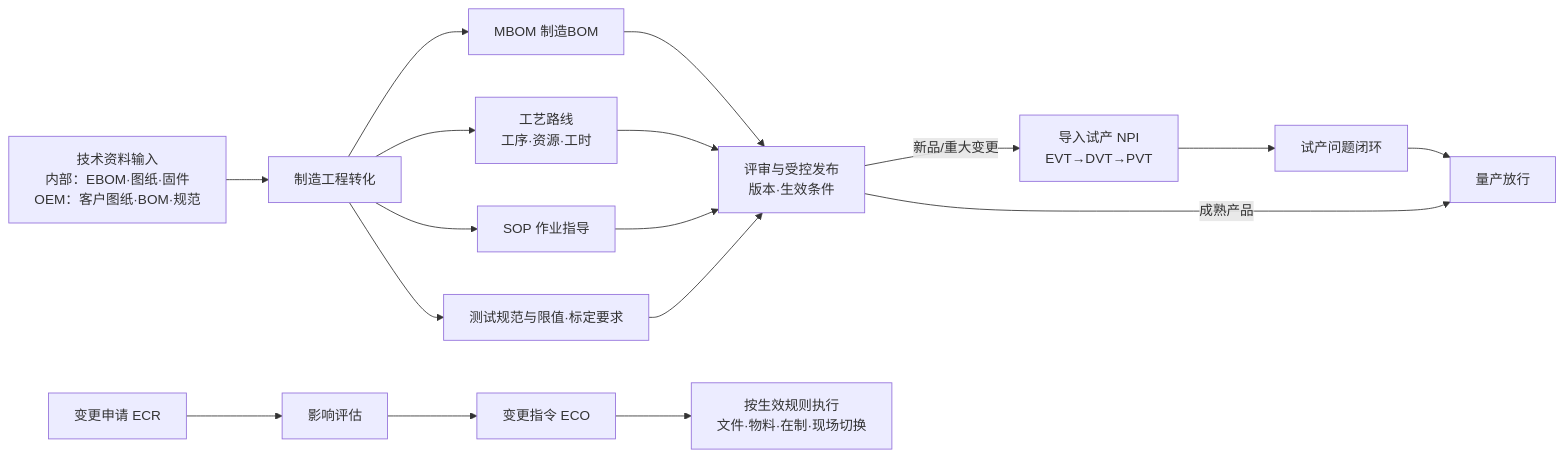
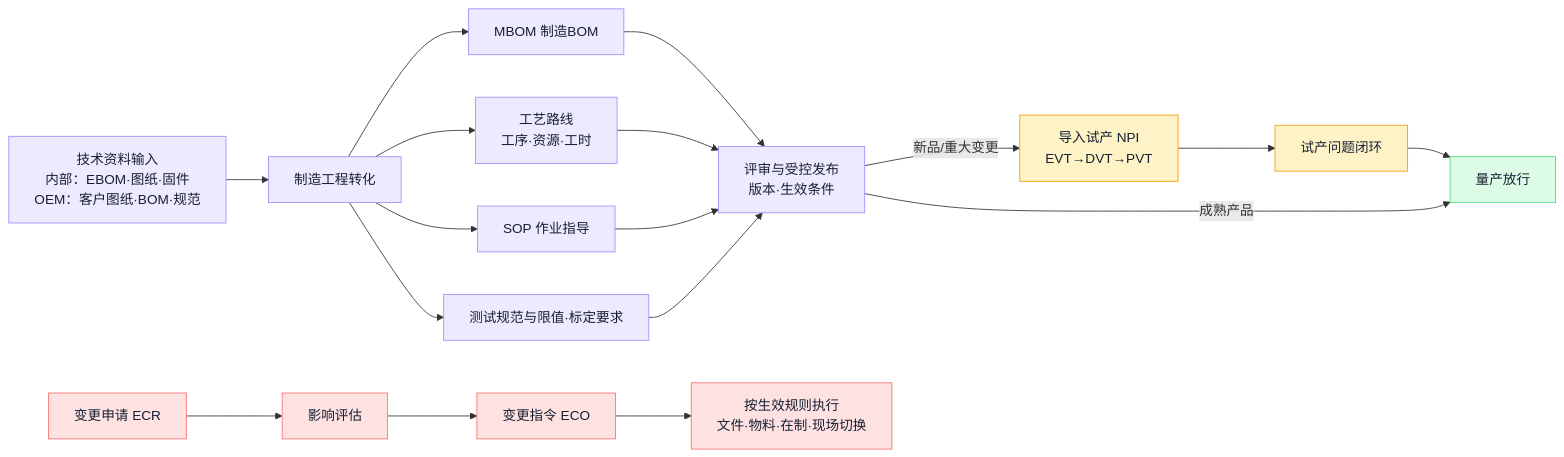
The seventh of 16 diagrams in docs/manufacturing-system-handbook.md (ink-hz/AI-Manufacturing-Platform), drawn with Mermaid before and after one commit. The commit also changed other lines of this file, not shown here.

Commit message:
docs: publish maintained handbook diagram colors

````diff
--- a/docs/manufacturing-system-handbook.md
+++ b/docs/manufacturing-system-handbook.md
@@ -284,13 +351,21 @@
 ```mermaid
 flowchart LR
     A[技术资料输入<br/>内部：EBOM·图纸·固件<br/>OEM：客户图纸·BOM·规范] --> B[制造工程转化]
     B --> B1[MBOM 制造BOM]
     B --> B2[工艺路线<br/>工序·资源·工时]
     B --> B3[SOP 作业指导]
     B --> B4[测试规范与限值·标定要求]
     B1 & B2 & B3 & B4 --> C[评审与受控发布<br/>版本·生效条件]
     C -->|新品/重大变更| D[导入试产 NPI<br/>EVT→DVT→PVT]
     D --> E[试产问题闭环] --> F[量产放行]
     C -->|成熟产品| F
     G[变更申请 ECR] --> H[影响评估] --> I[变更指令 ECO] --> J[按生效规则执行<br/>文件·物料·在制·现场切换]
+    class A,B,B1,B2,B3,B4,C eng
+    class D,E qa
+    class F exec
+    class G,H,I,J risk
+    classDef eng fill:#EDE9FE,stroke:#A78BFA,color:#172033;
+    classDef qa fill:#FEF3C7,stroke:#F59E0B,color:#172033;
+    classDef exec fill:#DCFCE7,stroke:#4ADE80,color:#172033;
+    classDef risk fill:#FEE2E2,stroke:#F87171,color:#172033;
 ```
````
